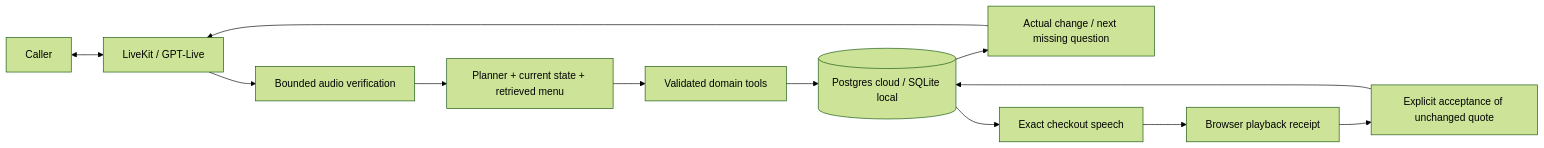
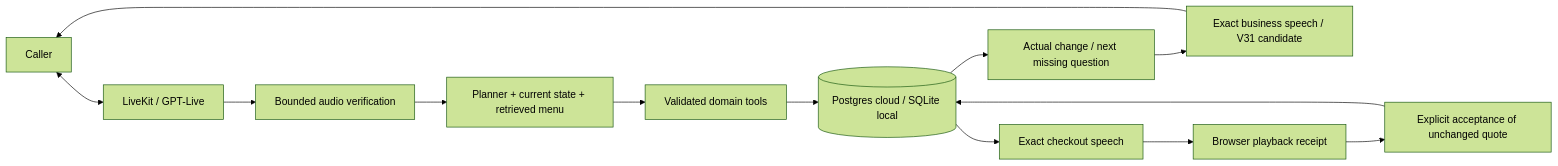
The diagram in DESIGN.md (clechz/sawt_demo), drawn with Mermaid (forest theme) before and after one commit. The commit also changed other lines of this file and 11 other files, not shown here.

````diff
--- a/DESIGN.md
+++ b/DESIGN.md
@@ -16,14 +16,15 @@
 ```mermaid
 flowchart LR
   C[Caller] <--> M[LiveKit / GPT-Live]
   M --> V[Bounded audio verification]
   V --> P[Planner + current state + retrieved menu]
   P --> D[Validated domain tools]
   D --> T[(Postgres cloud / SQLite local)]
   T --> R[Actual change / next missing question]
-  R --> M
+  R --> S[Exact business speech / V31 candidate]
+  S --> C
   T --> Q[Exact checkout speech]
   Q --> B[Browser playback receipt]
   B --> A[Explicit acceptance of unchanged quote]
   A --> T
 ```
````
